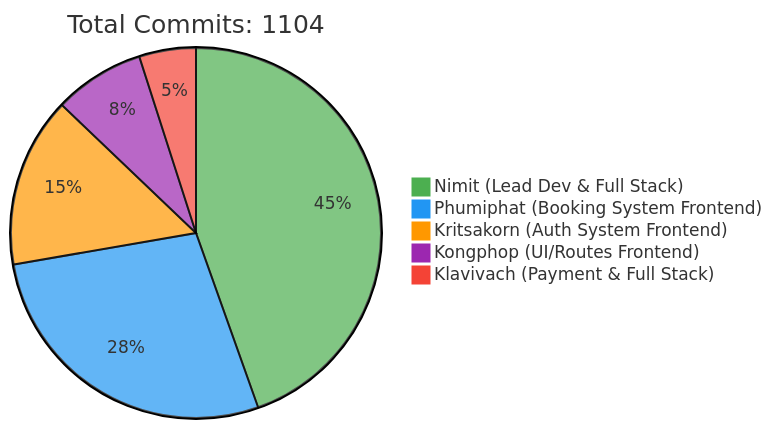
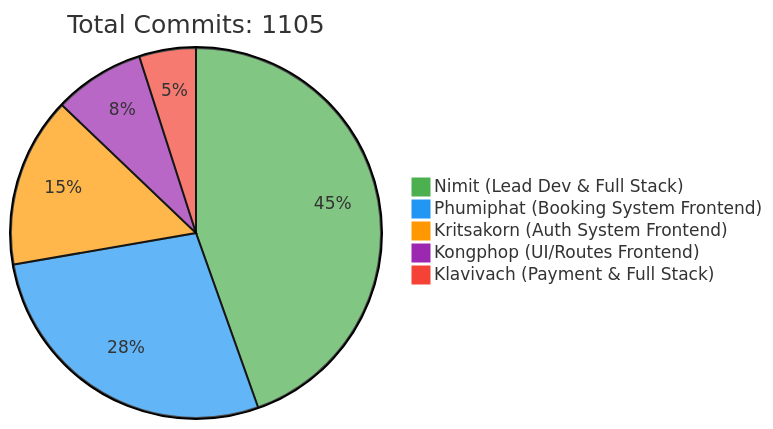
One commit to 6531503042/Sport-Complex changed the first of 2 diagrams in README.md. Above: the diagram before and after it, drawn with Mermaid. The commit also changed other lines of this file, not shown here.

Commit message:
docs: Update contributor statistics [skip ci]

````diff
--- a/README.md
+++ b/README.md
@@ -257,10 +257,10 @@
 ```mermaid
 %%{init: {'theme': 'base', 'themeVariables': { 'pie1': '#4CAF50', 'pie2': '#2196F3', 'pie3': '#FF9800', 'pie4': '#9C27B0', 'pie5': '#F44336'}}}%%
 pie
-    title Total Commits: 1104
+    title Total Commits: 1105
     "Nimit (Lead Dev & Full Stack)" : 450
     "Phumiphat (Booking System Frontend)" : 280
     "Kritsakorn (Auth System Frontend)" : 150
     "Kongphop (UI/Routes Frontend)" : 80
     "Klavivach (Payment & Full Stack)" : 50
 ```
````
